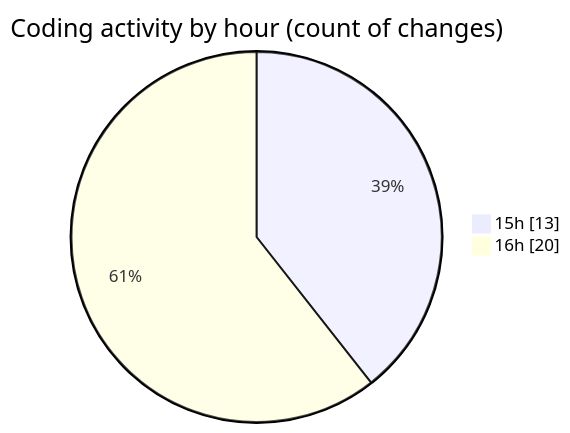
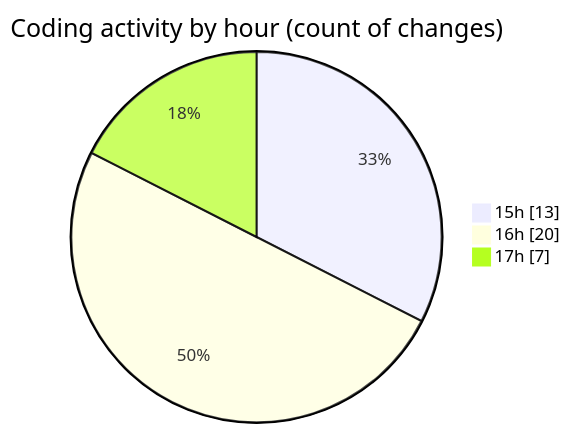
One commit to momahboobian/code-tracking changed the second of 2 diagrams in 2026-03-26/cda/README.md. Above: the diagram before and after it, drawn with Mermaid. The commit also changed other lines of this file and 1 other file, not shown here.

````diff
--- a/2026-03-26/cda/README.md
+++ b/2026-03-26/cda/README.md
@@ -31,6 +33,7 @@
 ```mermaid
 pie showData
 title Coding activity by hour (count of changes)
 "15h" : 13
 "16h" : 20
+"17h" : 7
 ```
````
